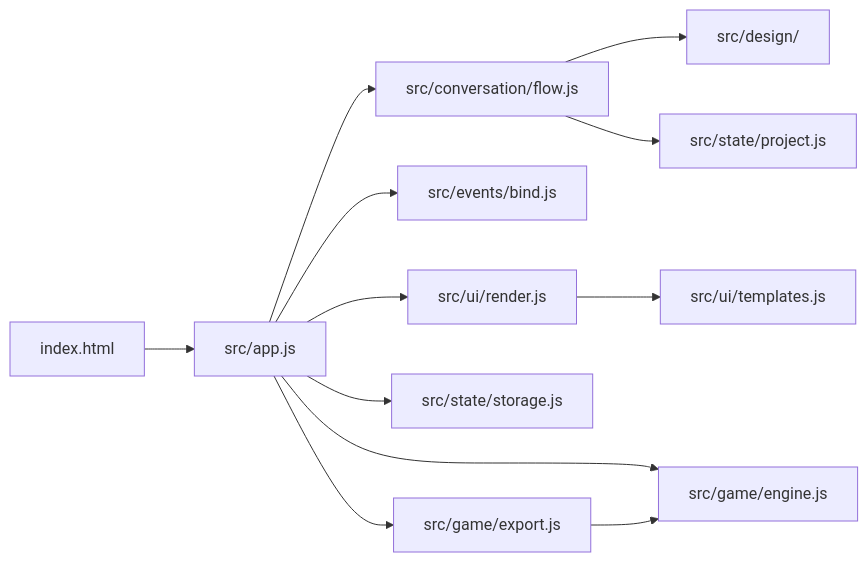
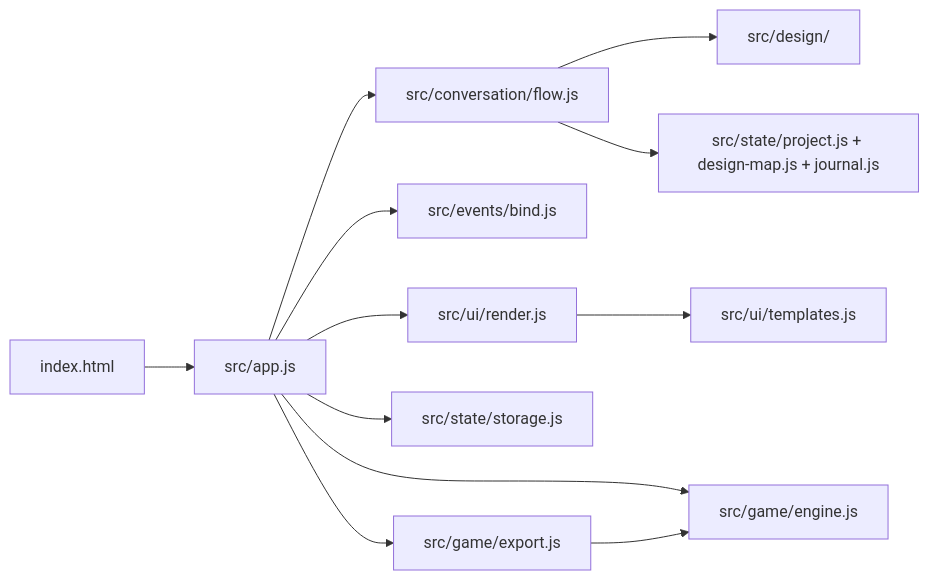
The diagram in docs/architecture.md (ShenYutong2000/Tinker550-Code-Game), drawn with Mermaid before and after one commit. The commit also changed other lines of this file and 19 other files, not shown here.

````diff
--- a/docs/architecture.md
+++ b/docs/architecture.md
@@ -5,14 +5,14 @@
 ```mermaid
 flowchart LR
   HTML[index.html] --> App[src/app.js]
   App --> Flow[src/conversation/flow.js]
   App --> Events[src/events/bind.js]
   App --> UI[src/ui/render.js]
   UI --> Templates[src/ui/templates.js]
   Flow --> Design[src/design/]
-  Flow --> State[src/state/project.js]
+  Flow --> State[src/state/project.js + design-map.js + journal.js]
   App --> Storage[src/state/storage.js]
   App --> Engine[src/game/engine.js]
   App --> Export[src/game/export.js]
   Export --> Engine
 ```
````
